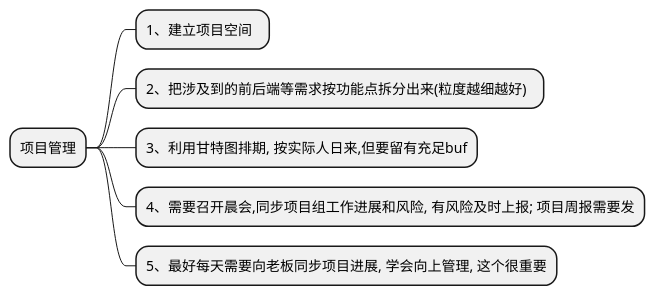
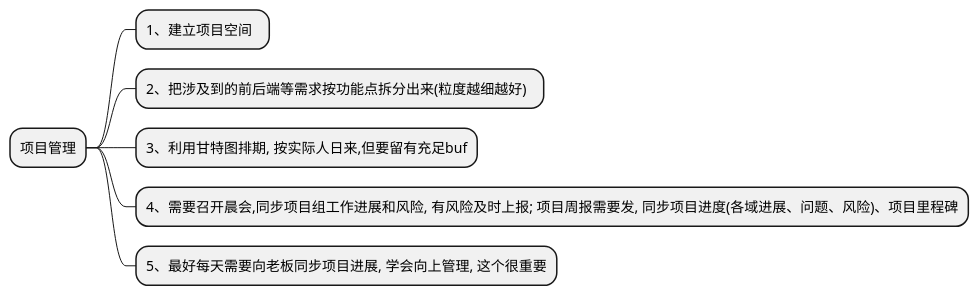
Before and after one commit to LiosWong/LiosWong.github.io: the diagram in source/_posts/项目管理.md, drawn with PlantUML. The commit also changed 1 other file, not shown here.

```diff
--- a/source/_posts/项目管理.md
+++ b/source/_posts/项目管理.md
@@ -11,10 +11,10 @@
 {% plantuml %}
 @startmindmap
 * 项目管理
 ** 1、建立项目空间  
 ** 2、把涉及到的前后端等需求按功能点拆分出来(粒度越细越好)  
 ** 3、利用甘特图排期, 按实际人日来,但要留有充足buf
-** 4、需要召开晨会,同步项目组工作进展和风险, 有风险及时上报; 项目周报需要发
+** 4、需要召开晨会,同步项目组工作进展和风险, 有风险及时上报; 项目周报需要发, 同步项目进度(各域进展、问题、风险)、项目里程碑
 ** 5、最好每天需要向老板同步项目进展, 学会向上管理, 这个很重要
 @endmindmap
 {% endplantuml %}
```
